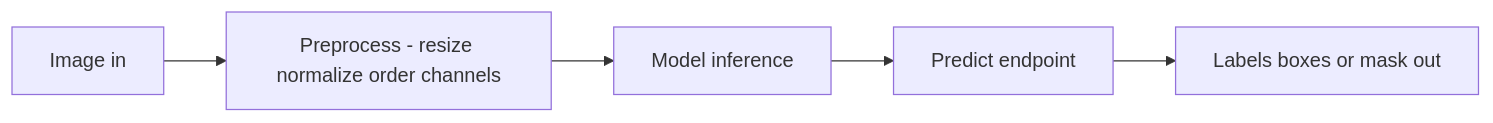
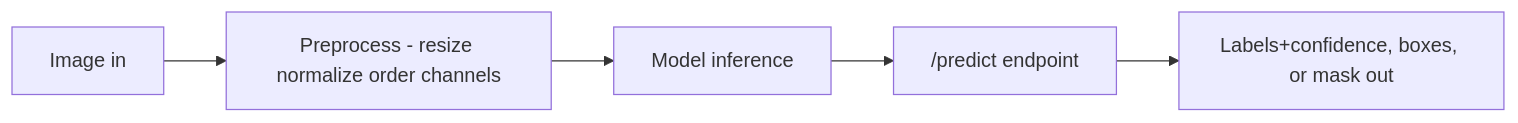
Before and after one commit to CODECRUNCHWORLDWIDE/C56-CRUNCH-VISION: the diagram in curriculum/week-12-capstone-a-computer-vision-system/lecture-notes/03-deploy-and-communicate.md, drawn with Mermaid. The commit also changed other lines of this file and 254 other files, not shown here.

Commit message:
docs: add diagrams + sync content from curriculum source

````diff
--- a/curriculum/week-12-capstone-a-computer-vision-system/lecture-notes/03-deploy-and-communicate.md
+++ b/curriculum/week-12-capstone-a-computer-vision-system/lecture-notes/03-deploy-and-communicate.md
@@ -9,7 +19,7 @@
 ```mermaid
 flowchart LR
   A["Image in"] --> B["Preprocess - resize normalize order channels"]
   B --> C["Model inference"]
-  C --> D["Predict endpoint"]
-  D --> E["Labels boxes or mask out"]
+  C --> D["/predict endpoint"]
+  D --> E["Labels+confidence, boxes, or mask out"]
 ```
````
